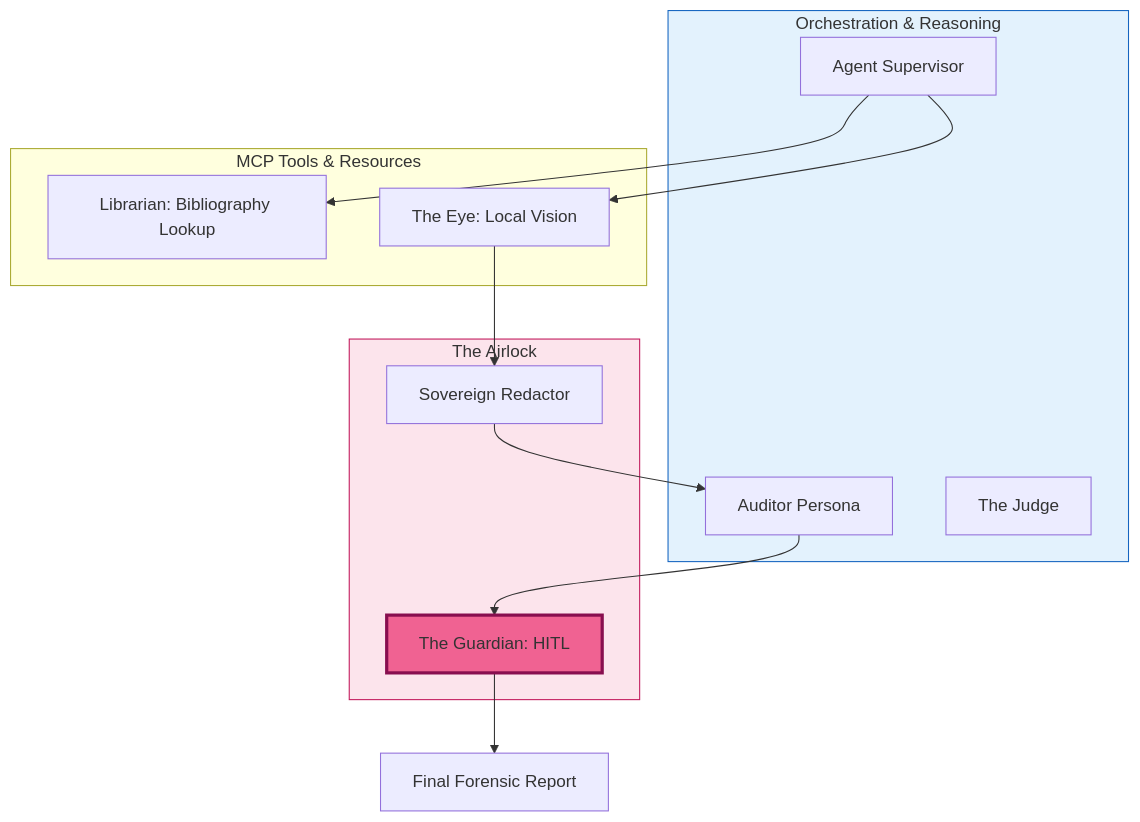
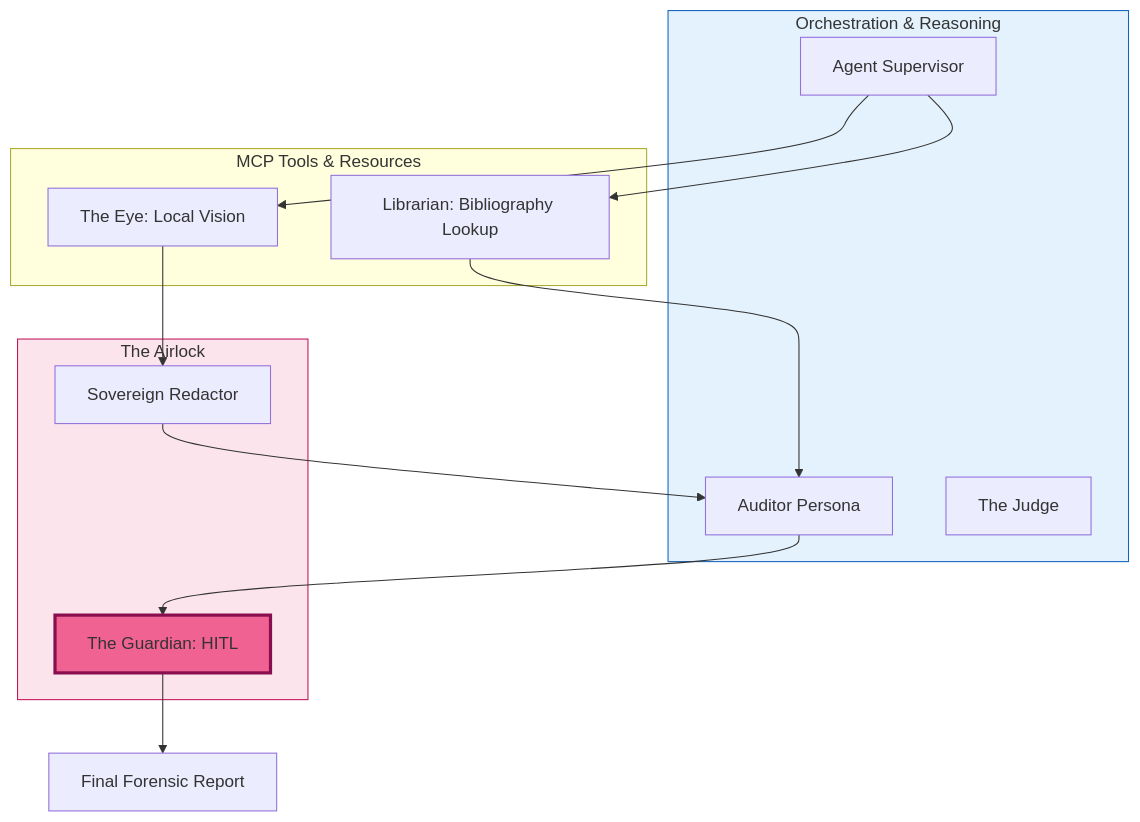
The diagram in README.md (kenwalger/mcp-forensic-analyzer), drawn with Mermaid before and after one commit. The commit also changed 3 other files, not shown here.

````diff
--- a/README.md
+++ b/README.md
@@ -33,29 +33,30 @@
 ```mermaid
 graph TB
     subgraph Intelligence_Layer [Orchestration & Reasoning]
         A[Agent Supervisor]
         B[Auditor Persona]
         C[The Judge]
     end
 
     subgraph Capability_Layer [MCP Tools & Resources]
         D[Librarian: Bibliography Lookup]
         E[The Eye: Local Vision]
     end
 
     subgraph Governance_Layer [The Airlock]
         F[Sovereign Redactor]
         G[The Guardian: HITL]
     end
 
     A --> D
     A --> E
+    D --> B
     E --> F
     F --> B
     B --> G
     G --> H[Final Forensic Report]
 
     style Intelligence_Layer fill:#e3f2fd,stroke:#1565c0
     style Governance_Layer fill:#fce4ec,stroke:#c2185b
     style G fill:#f06292,stroke:#880e4f,stroke-width:3px
 ```
````
